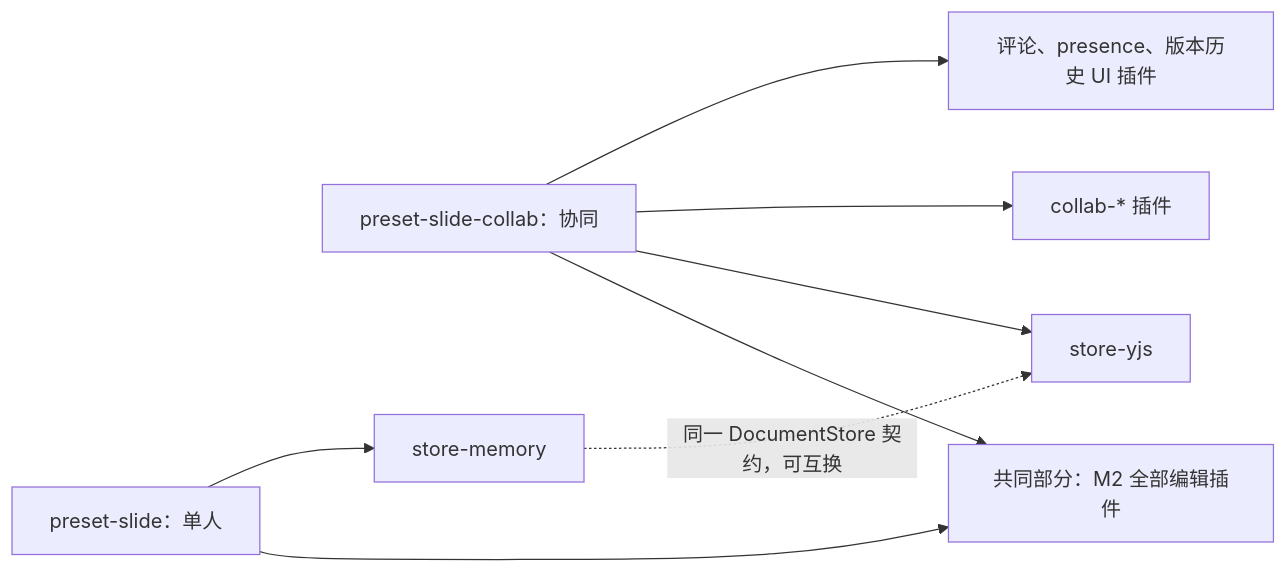
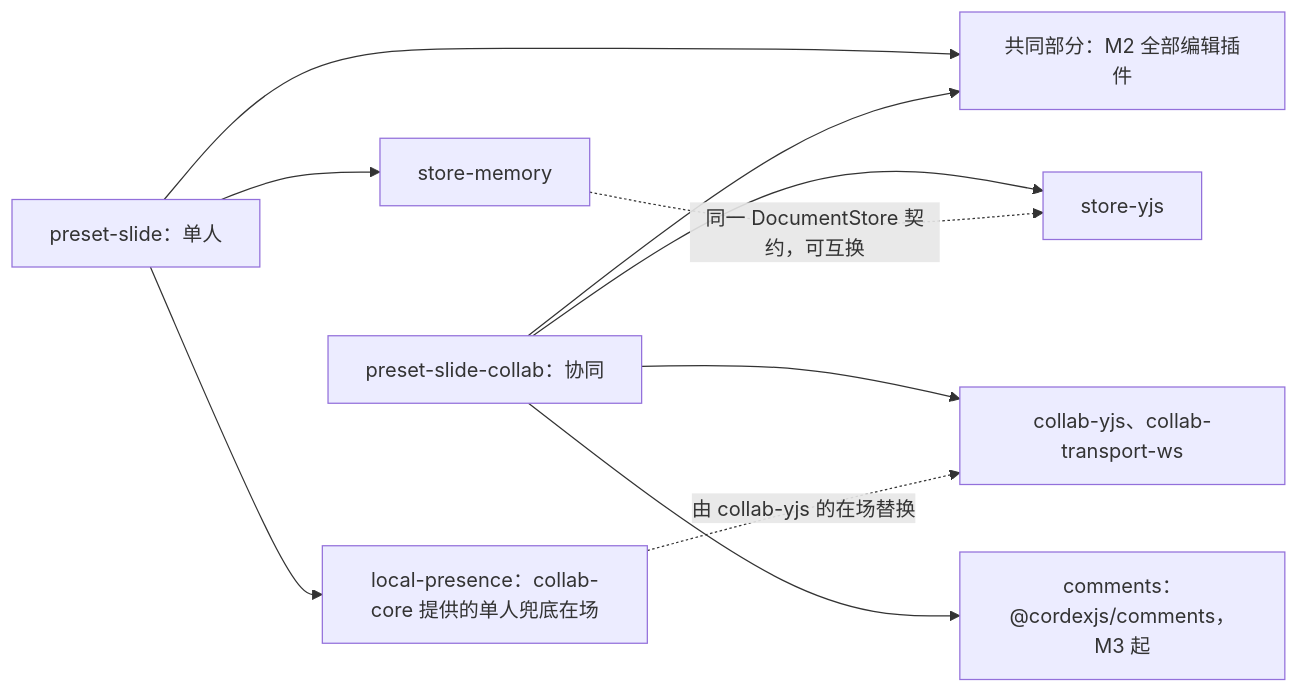
Before and after one commit to Xeonice/cordis-ppt-editor: the seventh of 10 diagrams in docs/10-prd/03-features/03-collaboration.md, drawn with Mermaid. The commit also changed other lines of this file and 79 other files, not shown here.

````diff
--- a/docs/10-prd/03-features/03-collaboration.md
+++ b/docs/10-prd/03-features/03-collaboration.md
@@ -330,17 +331,20 @@
 ```mermaid
 flowchart LR
   ps["preset-slide：单人"]
   pc["preset-slide-collab：协同"]
   base["共同部分：M2 全部编辑插件"]
   sm["store-memory"]
   sy["store-yjs"]
-  cc["collab-* 插件"]
-  ui["评论、presence、版本历史 UI 插件"]
+  lp["local-presence：collab-core 提供的单人兜底在场"]
+  cc["collab-yjs、collab-transport-ws"]
+  cm["comments：@cordexjs/comments，M3 起"]
   ps --> base
   ps --> sm
+  ps --> lp
   pc --> base
   pc --> sy
   pc --> cc
-  pc --> ui
+  pc --> cm
   sm -.->|"同一 DocumentStore 契约，可互换"| sy
+  lp -.->|"由 collab-yjs 的在场替换"| cc
 ```
````
